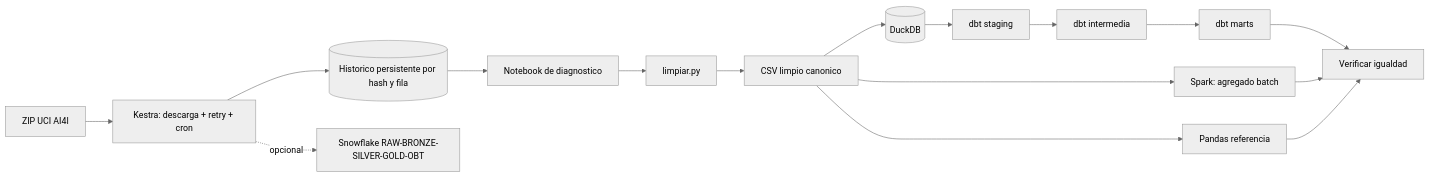
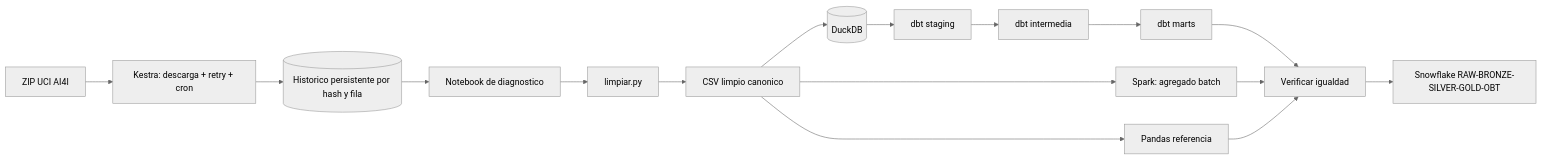
One commit to FelipeRon/data-science-end-to-end changed the diagram in psets/pset_2/docs/arquitectura.mmd. Above: the diagram before and after it, drawn with Mermaid (neutral theme). The commit also changed 11 other files, not shown here.

```diff
--- a/psets/pset_2/docs/arquitectura.mmd
+++ b/psets/pset_2/docs/arquitectura.mmd
@@ -1,16 +1,16 @@
 flowchart LR
   U[ZIP UCI AI4I] --> K[Kestra: descarga + retry + cron]
   K --> H[(Historico persistente por hash y fila)]
   H --> N[Notebook de diagnostico]
   N --> L[limpiar.py]
   L --> C[CSV limpio canonico]
   C --> D[(DuckDB)]
   D --> ST[dbt staging]
   ST --> I[dbt intermedia]
   I --> M[dbt marts]
   C --> S[Spark: agregado batch]
   M --> V[Verificar igualdad]
   S --> V
   C --> P[Pandas referencia]
   P --> V
-  K -. opcional .-> SF[Snowflake RAW-BRONZE-SILVER-GOLD-OBT]
+  V --> SF[Snowflake RAW-BRONZE-SILVER-GOLD-OBT]
```
